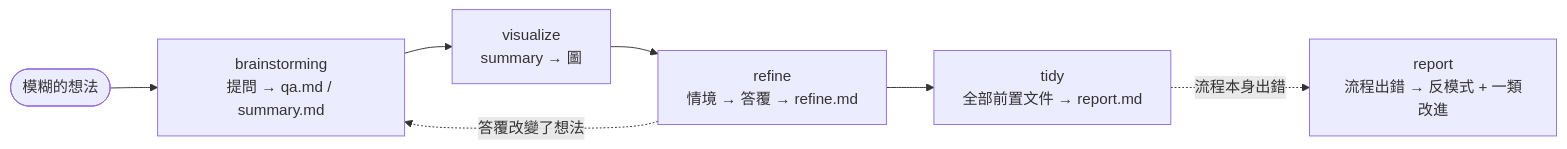
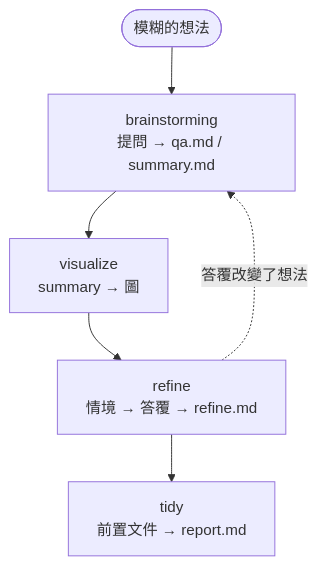
One commit to Uniterra-Solutions/tidy-up-your-thoughts changed the diagram in README.md. Above: the diagram before and after it, drawn with Mermaid. The commit also changed other lines of this file, not shown here.

Commit message:
docs: README flow diagram renders — vertical chain with the correction edge on the right

````diff
--- a/README.md
+++ b/README.md
@@ -49,12 +49,8 @@
 ```mermaid
-flowchart LR
-  idea(["模糊的想法"])
-  q["brainstorming<br/>提問 → qa.md / summary.md"]
-  v["visualize<br/>summary → 圖"]
-  r["refine<br/>情境 → 答覆 → refine.md"]
-  t["tidy<br/>全部前置文件 → report.md"]
-  e["report<br/>流程出錯 → 反模式 + 一類改進"]
-  idea --> q --> v --> r --> t
+flowchart TB
+  idea(["模糊的想法"]) --> q["brainstorming<br/>提問 → qa.md / summary.md"]
+  q --> v["visualize<br/>summary → 圖"]
+  v --> r["refine<br/>情境 → 答覆 → refine.md"]
+  r --> t["tidy<br/>前置文件 → report.md"]
   r -.->|"答覆改變了想法"| q
-  t -.->|"流程本身出錯"| e
 ```
````
